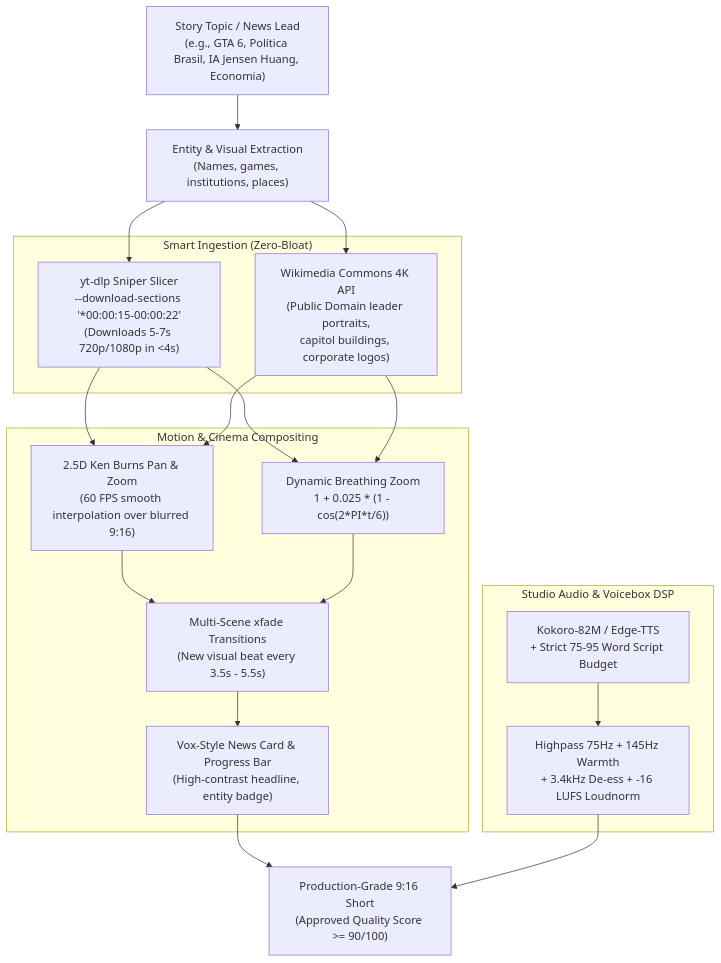
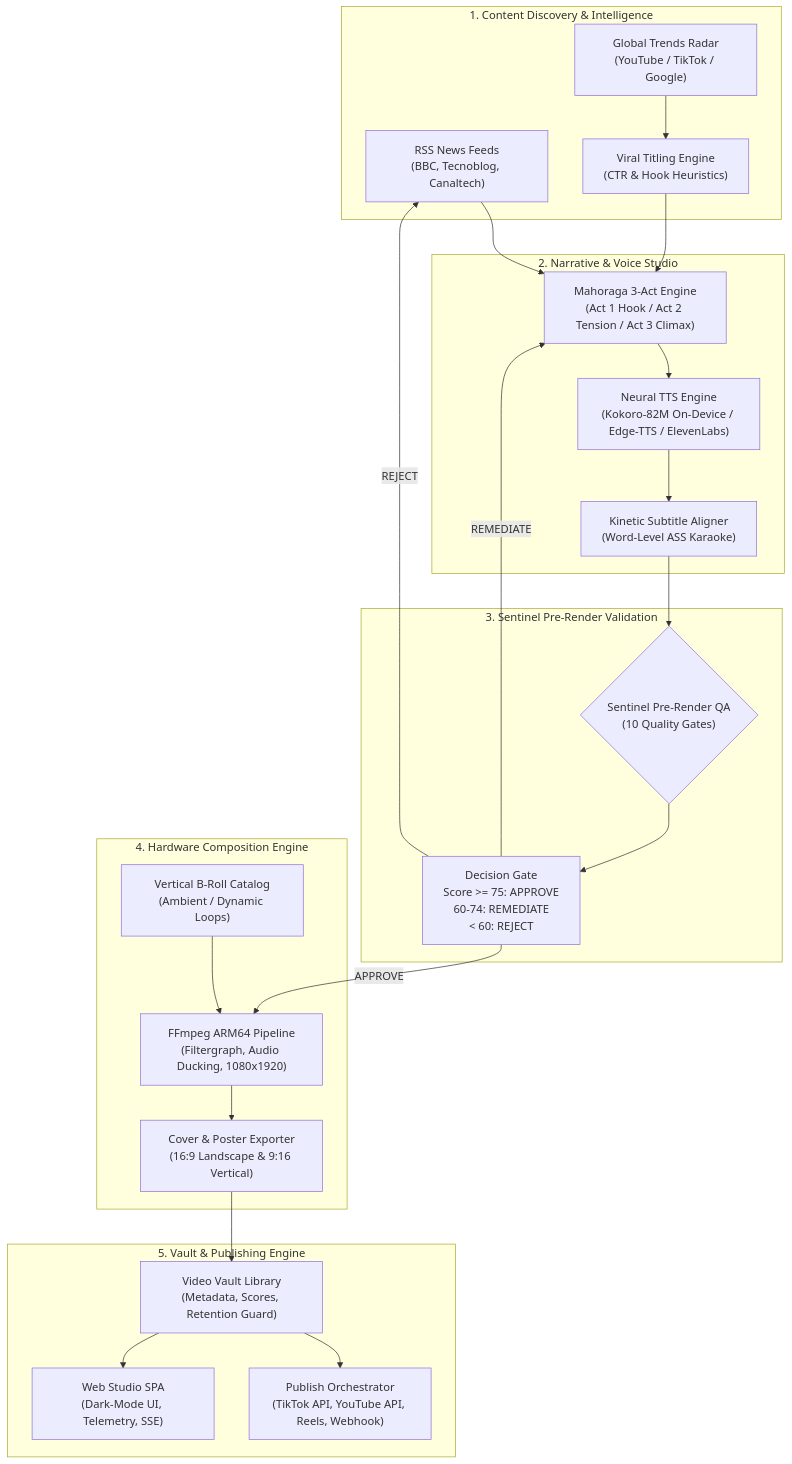
Before and after one commit to ManoAlee/auto-shorts-android: the diagram in README.md, drawn with Mermaid. The commit also changed other lines of this file and 27 other files, not shown here.

Commit message:
docs(repo): world-class repository transformation and sentinel pre-render portal

````diff
--- a/README.md
+++ b/README.md
@@ -140,29 +116,47 @@
 ```mermaid
 flowchart TD
-  Topic["Story Topic / News Lead\n(e.g., GTA 6, Política Brasil, IA Jensen Huang, Economia)"]
-  Entities["Entity & Visual Extraction\n(Names, games, institutions, places)"]
-  
-  subgraph Ingestion["Smart Ingestion (Zero-Bloat)"]
-    Sniper["yt-dlp Sniper Slicer\n--download-sections '*00:00:15-00:00:22'\n(Downloads 5-7s 720p/1080p in <4s)"]
-    Wiki["Wikimedia Commons 4K API\n(Public Domain leader portraits,\ncapitol buildings, corporate logos)"]
-  end
+    subgraph S1["1. Content Discovery & Intelligence"]
+        RSS["RSS News Feeds<br/>(BBC, Tecnoblog, Canaltech)"]
+        TRENDS["Global Trends Radar<br/>(YouTube / TikTok / Google)"]
+        VIRAL_TITLES["Viral Titling Engine<br/>(CTR & Hook Heuristics)"]
+    end
 
-  subgraph Compositing["Motion & Cinema Compositing"]
-    KenBurns["2.5D Ken Burns Pan & Zoom\n(60 FPS smooth interpolation over blurred 9:16)"]
-    Breathing["Dynamic Breathing Zoom\n1 + 0.025 * (1 - cos(2*PI*t/6))"]
-    MultiCut["Multi-Scene xfade Transitions\n(New visual beat every 3.5s - 5.5s)"]
-    VoxCard["Vox-Style News Card & Progress Bar\n(High-contrast headline, entity badge)"]
-  end
+    subgraph S2["2. Narrative & Voice Studio"]
+        MAHORAGA["Mahoraga 3-Act Engine<br/>(Act 1 Hook / Act 2 Tension / Act 3 Climax)"]
+        TTS["Neural TTS Engine<br/>(Kokoro-82M On-Device / Edge-TTS / ElevenLabs)"]
+        SUBTITLES["Kinetic Subtitle Aligner<br/>(Word-Level ASS Karaoke)"]
+    end
 
-  subgraph StudioDSP["Studio Audio & Voicebox DSP"]
-    Voice["Kokoro-82M / Edge-TTS\n+ Strict 75-95 Word Script Budget"]
-    DSP["Highpass 75Hz + 145Hz Warmth\n+ 3.4kHz De-ess + -16 LUFS Loudnorm"]
-  end
+    subgraph S3["3. Sentinel Pre-Render Validation"]
+        SENTINEL{"Sentinel Pre-Render QA<br/>(10 Quality Gates)"}
+        DECISION["Decision Gate<br/>Score >= 75: APPROVE<br/>60-74: REMEDIATE<br/>< 60: REJECT"]
+    end
 
-  Topic --> Entities
-  Entities --> Sniper & Wiki
-  Sniper & Wiki --> KenBurns & Breathing --> MultiCut
-  MultiCut --> VoxCard
-  Voice --> DSP
-  VoxCard & DSP --> FinalShort["Production-Grade 9:16 Short\n(Approved Quality Score >= 90/100)"]
+    subgraph S4["4. Hardware Composition Engine"]
+        BROLL["Vertical B-Roll Catalog<br/>(Ambient / Dynamic Loops)"]
+        FFMPEG["FFmpeg ARM64 Pipeline<br/>(Filtergraph, Audio Ducking, 1080x1920)"]
+        POSTERS["Cover & Poster Exporter<br/>(16:9 Landscape & 9:16 Vertical)"]
+    end
+
+    subgraph S5["5. Vault & Publishing Engine"]
+        VAULT["Video Vault Library<br/>(Metadata, Scores, Retention Guard)"]
+        PUBLISH["Publish Orchestrator<br/>(TikTok API, YouTube API, Reels, Webhook)"]
+        WEB_STUDIO["Web Studio SPA<br/>(Dark-Mode UI, Telemetry, SSE)"]
+    end
+
+    RSS --> MAHORAGA
+    TRENDS --> VIRAL_TITLES
+    VIRAL_TITLES --> MAHORAGA
+    MAHORAGA --> TTS
+    TTS --> SUBTITLES
+    SUBTITLES --> SENTINEL
+    SENTINEL --> DECISION
+    DECISION -->|APPROVE| FFMPEG
+    DECISION -->|REMEDIATE| MAHORAGA
+    DECISION -->|REJECT| RSS
+    BROLL --> FFMPEG
+    FFMPEG --> POSTERS
+    POSTERS --> VAULT
+    VAULT --> PUBLISH
+    VAULT --> WEB_STUDIO
 ```
````
